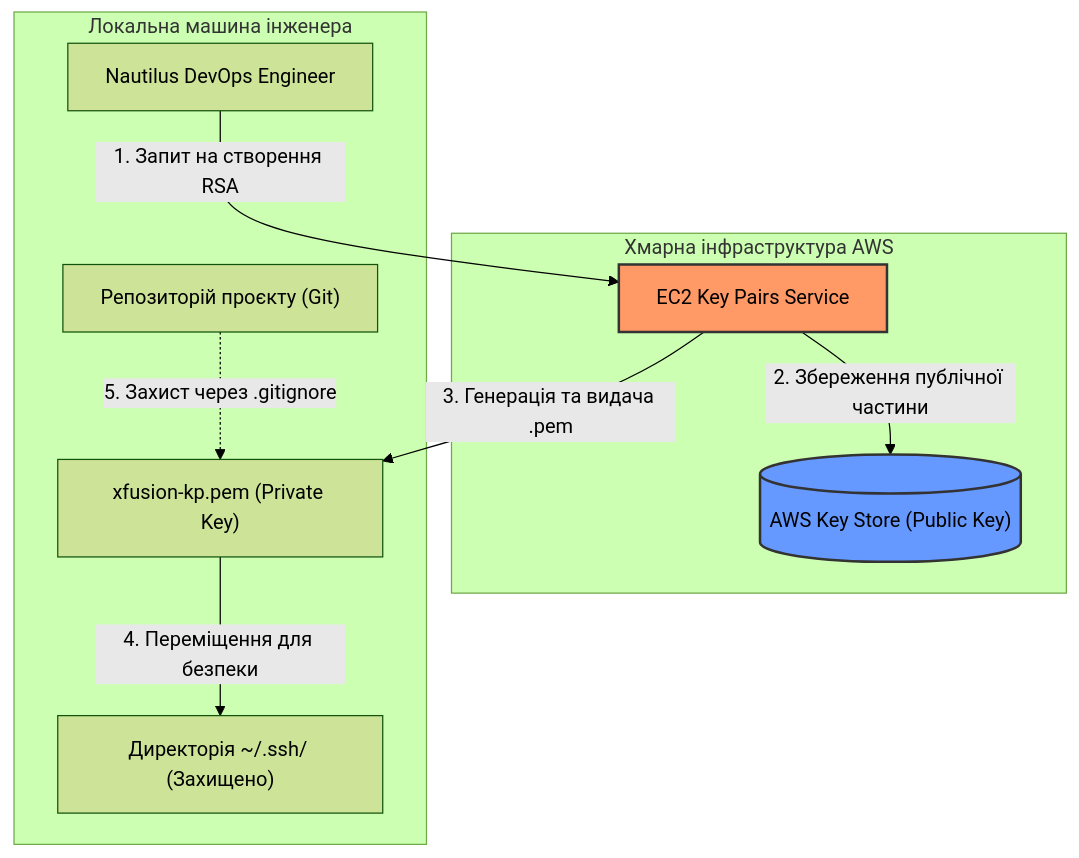
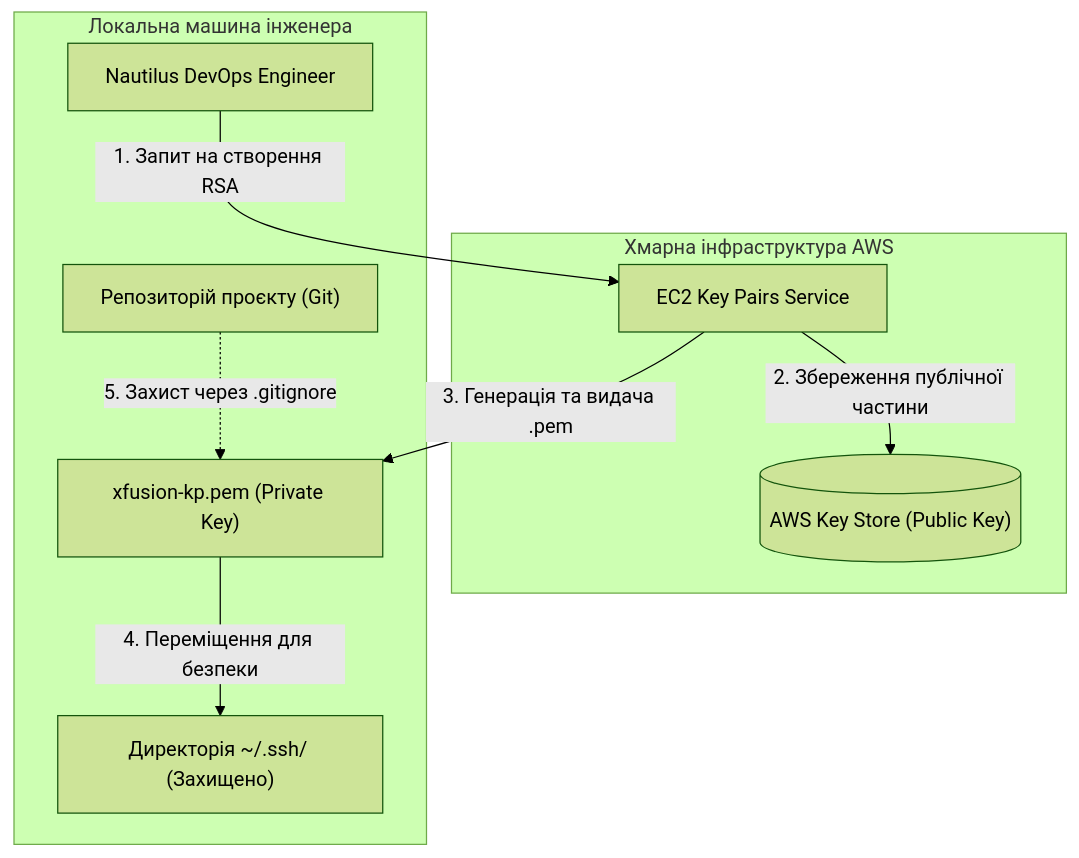
Before and after one commit to lopatyn/100-Days-Of-Cloud-AWS-: the diagram in days/day1/README.md, drawn with Mermaid (forest theme). The commit also changed other lines of this file and 1 other file, not shown here.

````diff
--- a/days/day1/README.md
+++ b/days/day1/README.md
@@ -21,26 +31,20 @@
 ```mermaid
 graph TD
     subgraph AWS_Cloud ["Хмарна інфраструктура AWS"]
         EC2_Service["EC2 Key Pairs Service"]
         Public_Key_Store[("AWS Key Store (Public Key)")]
     end
 
     subgraph Local_Workstation ["Локальна машина інженера"]
         Admin_User["Nautilus DevOps Engineer"]
         PEM_File["xfusion-kp.pem (Private Key)"]
         SSH_Config["Директорія ~/.ssh/ (Захищено)"]
         Git_Repo["Репозиторій проєкту (Git)"]
     end
 
     Admin_User -->| 1. Запит на створення RSA | EC2_Service
     EC2_Service -->| 2. Збереження публічної частини | Public_Key_Store
     EC2_Service -->| 3. Генерація та видача .pem | PEM_File
     PEM_File -->| 4. Переміщення для безпеки | SSH_Config
     Git_Repo -.->| 5. Захист через .gitignore | PEM_File
-
-    %% Стілізація
-    classDef compute fill:#f96,stroke:#333,stroke-width:2px;
-    classDef network fill:#69f,stroke:#333,stroke-width:2px;
-    class EC2_Service compute
-    class Public_Key_Store network
 ```
````
